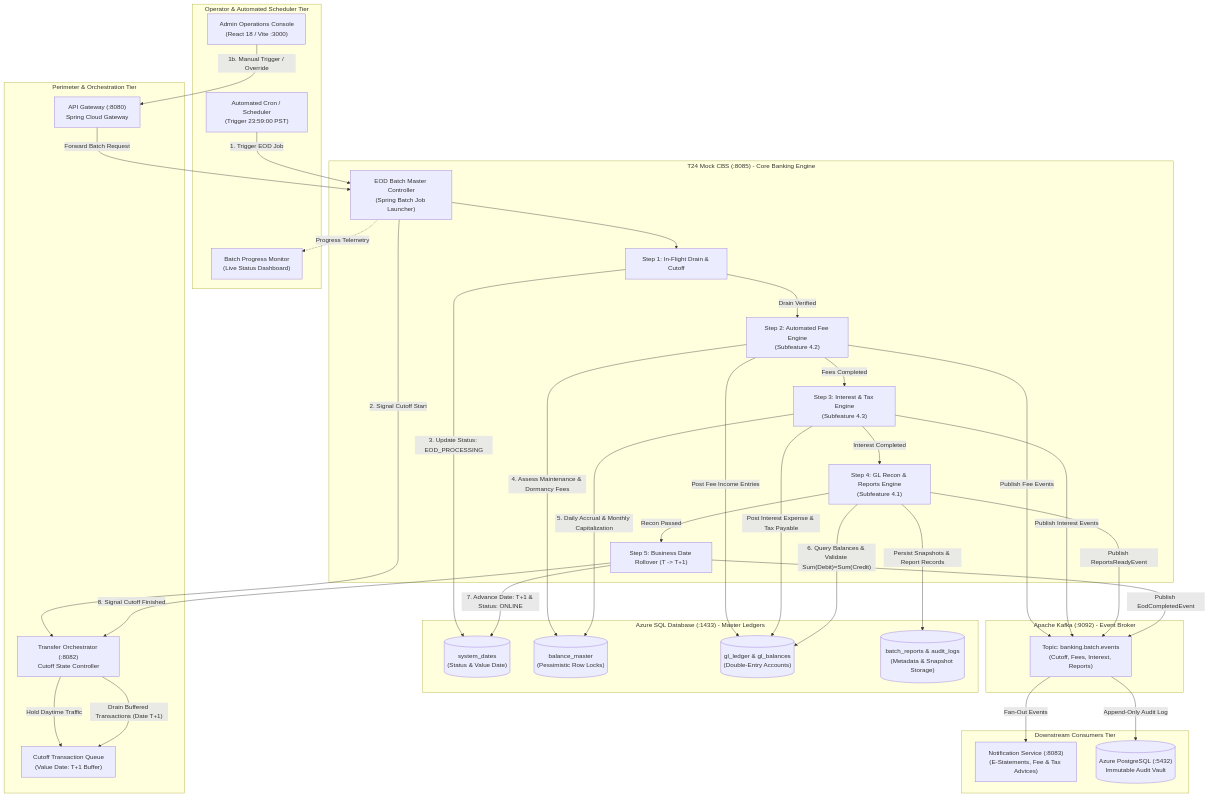
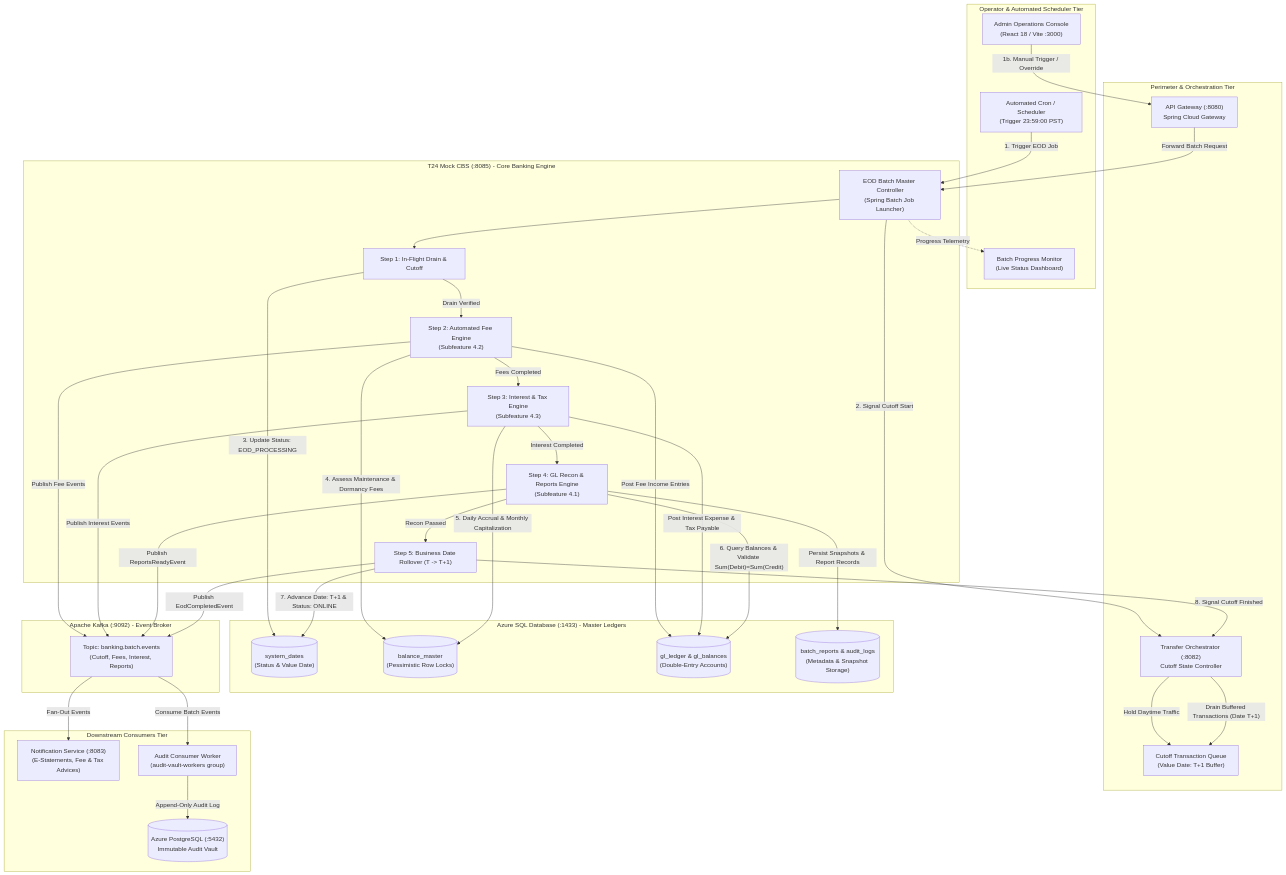
One commit to romzelmadidev/group3_fse_capstone changed the first of 2 diagrams in docs/architecture/EOD_BATCH_PROCESSING_ARCHITECTURE.md. Above: the diagram before and after it, drawn with Mermaid. The commit also changed other lines of this file and 6 other files, not shown here.

````diff
--- a/docs/architecture/EOD_BATCH_PROCESSING_ARCHITECTURE.md
+++ b/docs/architecture/EOD_BATCH_PROCESSING_ARCHITECTURE.md
@@ -85,6 +85,7 @@
     %% ==========================================
     subgraph Lane_Downstream["Downstream Consumers Tier"]
         NotifService["Notification Service (:8083)<br/>(E-Statements, Fee & Tax Advices)"]
+        AuditWorker["Audit Consumer Worker<br/>(audit-vault-workers group)"]
         PostgresAudit[("Azure PostgreSQL (:5432)<br/>Immutable Audit Vault")]
     end
 
@@ -123,5 +124,6 @@
     EodMaster -.->|"Progress Telemetry"| BatchMonitor
 
     KafkaBatch -->|"Fan-Out Events"| NotifService
-    KafkaBatch -->|"Append-Only Audit Log"| PostgresAudit
+    KafkaBatch -->|"Consume Batch Events"| AuditWorker
+    AuditWorker -->|"Append-Only Audit Log"| PostgresAudit
 ```
````
